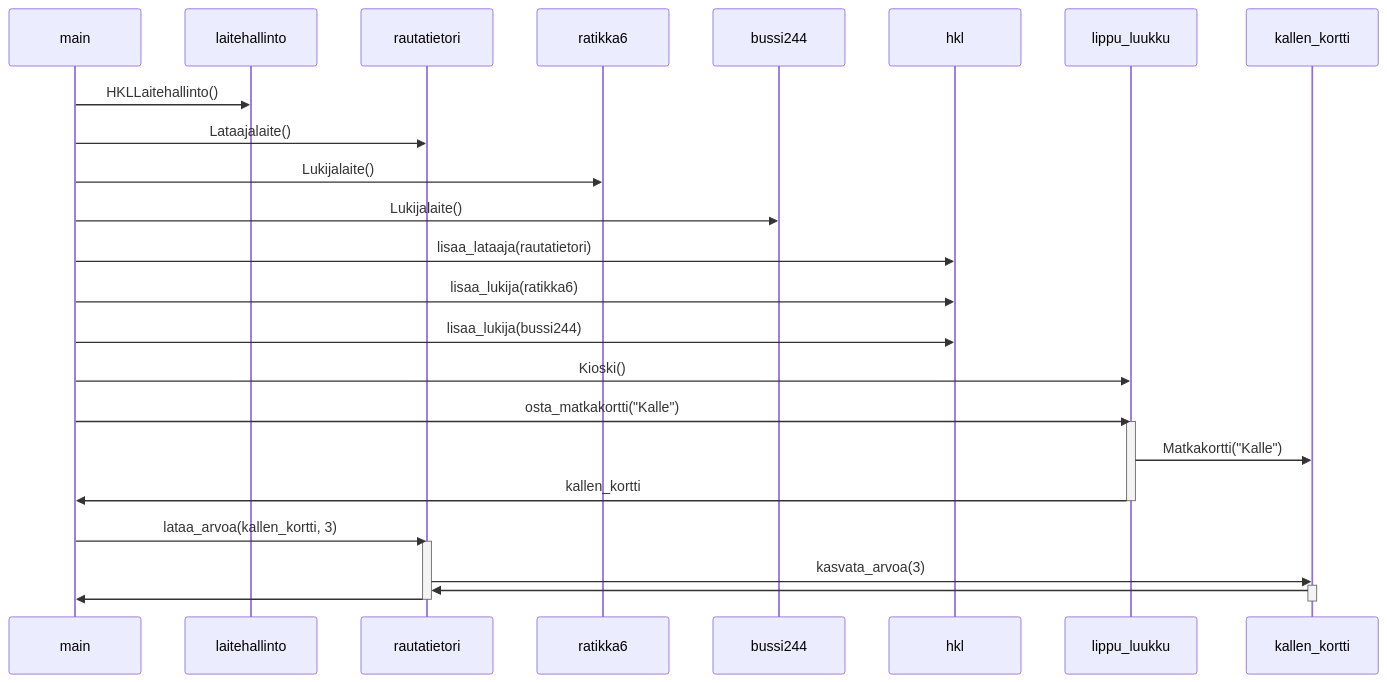
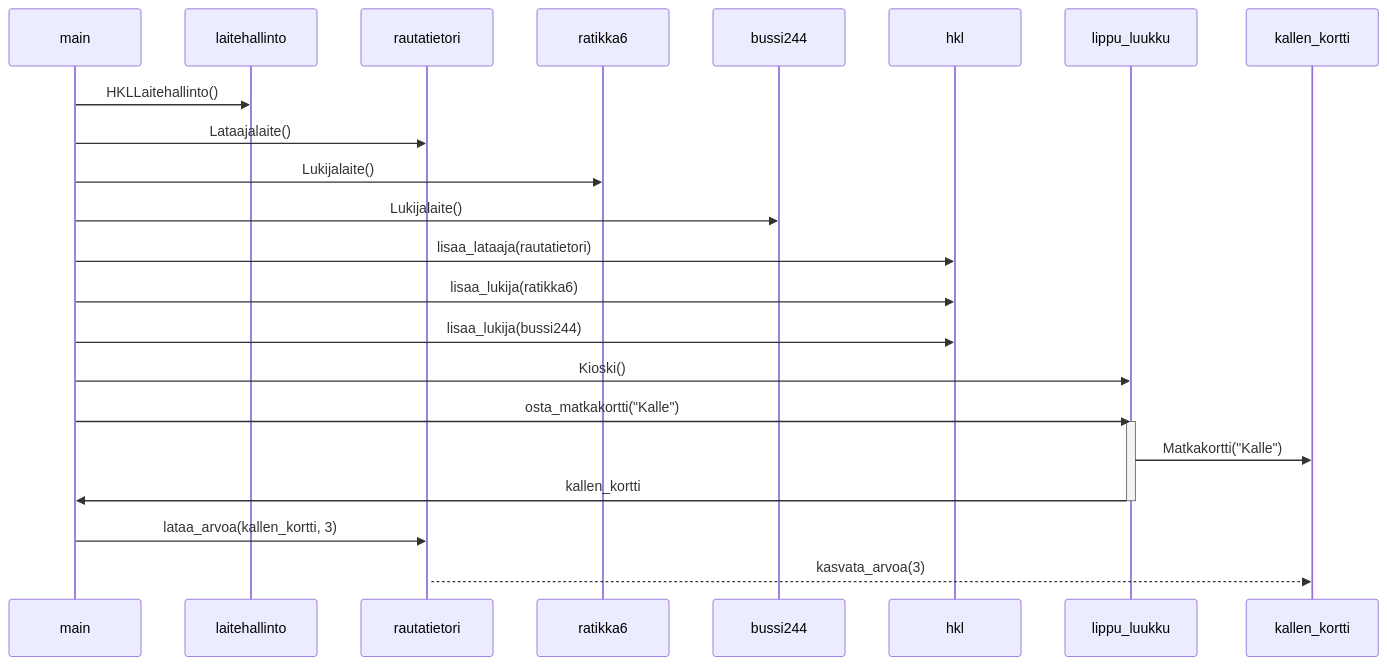
The diagram in laskarit/viikko3/matkakortti.md (immone/ot-harjoitustyo-s2023), drawn with Mermaid before and after one commit.

Commit message:
initial seq diagram

````diff
--- a/laskarit/viikko3/matkakortti.md
+++ b/laskarit/viikko3/matkakortti.md
@@ -1,30 +1,25 @@
 ```mermaid
 sequenceDiagram
     main->>laitehallinto: HKLLaitehallinto() 
     main->>rautatietori: Lataajalaite()
     main->>ratikka6: Lukijalaite()
     main->>bussi244: Lukijalaite()
     
     main->>hkl: lisaa_lataaja(rautatietori)
     
     main->>hkl: lisaa_lukija(ratikka6)
     
     main->> hkl: lisaa_lukija(bussi244)
 
     main->>lippu_luukku: Kioski()
     main ->> lippu_luukku: osta_matkakortti("Kalle")
     activate lippu_luukku
     lippu_luukku ->> kallen_kortti: Matkakortti("Kalle")
     lippu_luukku ->> main: kallen_kortti
     deactivate lippu_luukku
     
     main->>rautatietori : lataa_arvoa(kallen_kortti, 3)
     activate rautatietori
-    rautatietori->>kallen_kortti: kasvata_arvoa(3)
+    rautatietori-->>kallen_kortti: kasvata_arvoa(3)
     activate kallen_kortti
-    kallen_kortti ->> rautatietori:
-    deactivate kallen_kortti
-    rautatietori ->> main:
-    deactivate rautatietori
-
 ```
````
